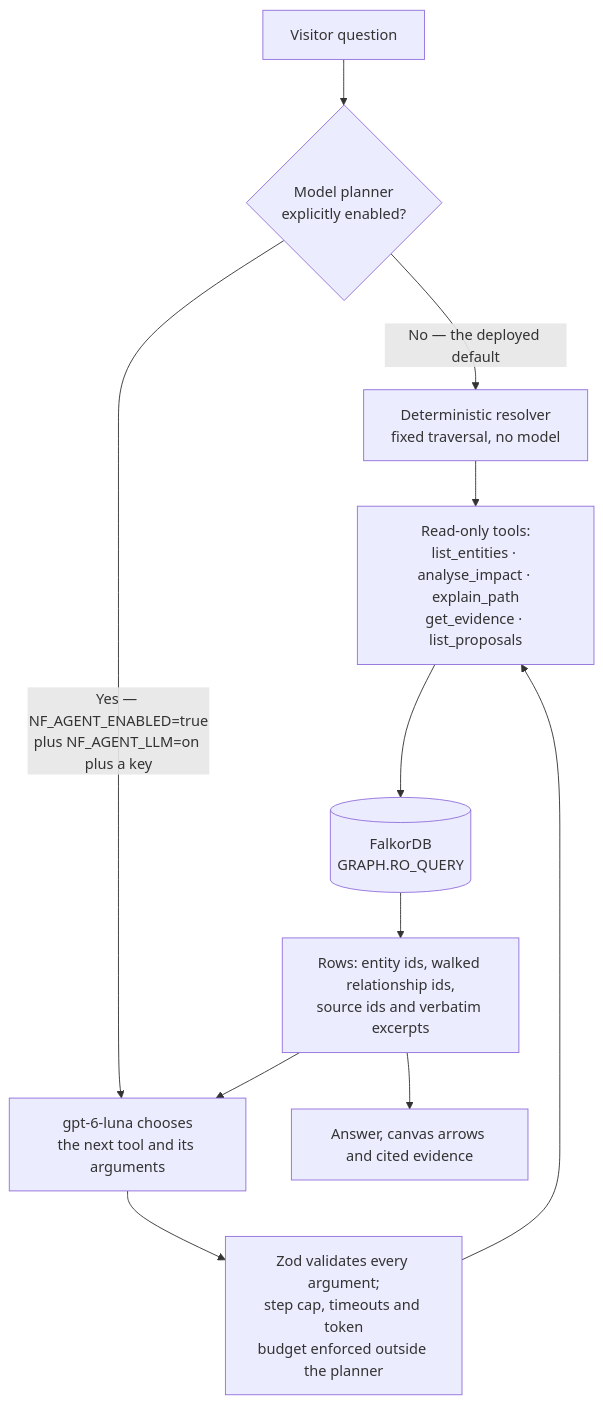
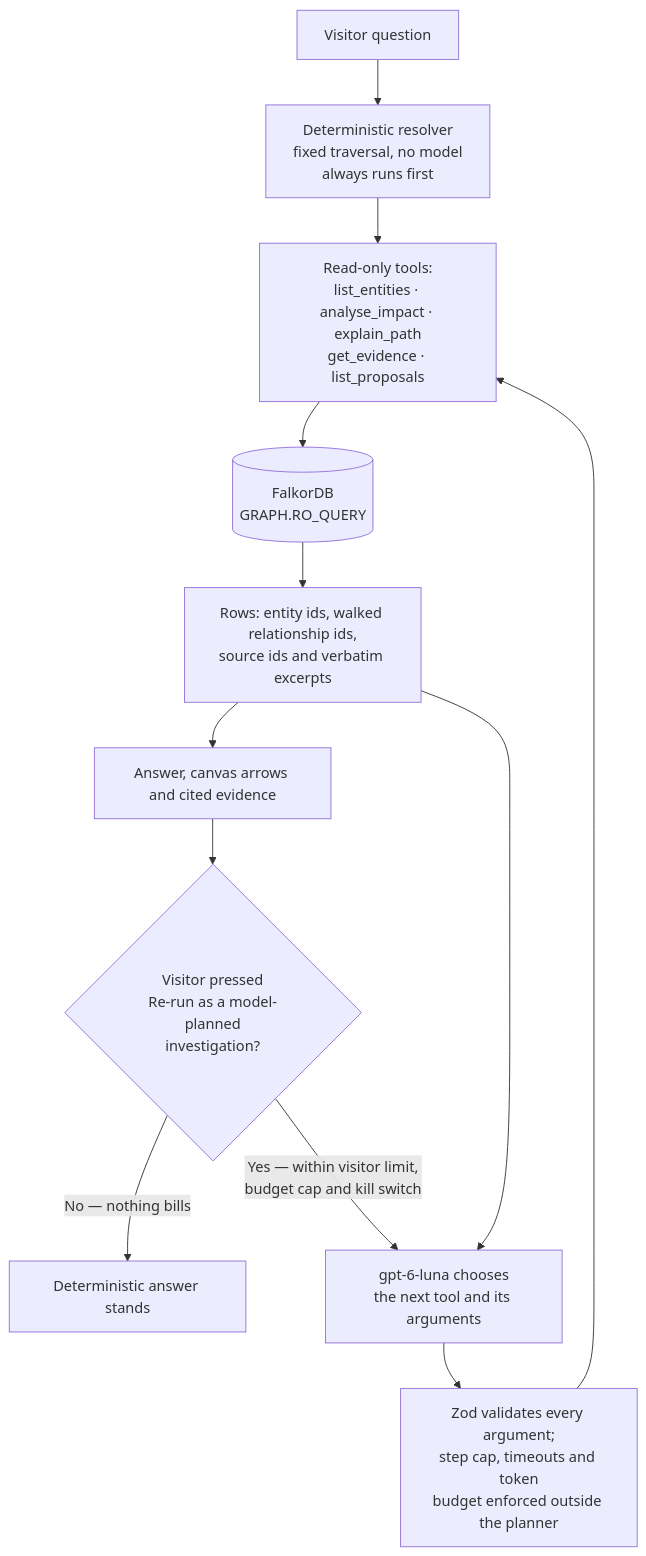
One commit to gideonadesina/nexusforge changed the second of 2 diagrams in README.md. Above: the diagram before and after it, drawn with Mermaid. The commit also changed other lines of this file, not shown here.

````diff
--- a/README.md
+++ b/README.md
@@ -140,13 +140,14 @@
 ```mermaid
 flowchart TD
-  Q["Visitor question"] --> GATE{"Model planner<br/>explicitly enabled?"}
-  GATE -->|"No — the deployed default"| DET["Deterministic resolver<br/>fixed traversal, no model"]
-  GATE -->|"Yes — NF_AGENT_ENABLED=true<br/>plus NF_AGENT_LLM=on plus a key"| LUNA["gpt-6-luna chooses<br/>the next tool and its arguments"]
-  LUNA --> ZOD["Zod validates every argument;<br/>step cap, timeouts and token<br/>budget enforced outside the planner"]
-  ZOD --> T["Read-only tools:<br/>list_entities · analyse_impact · explain_path<br/>get_evidence · list_proposals"]
-  DET --> T
+  Q["Visitor question"] --> DET["Deterministic resolver<br/>fixed traversal, no model<br/>always runs first"]
+  DET --> T["Read-only tools:<br/>list_entities · analyse_impact · explain_path<br/>get_evidence · list_proposals"]
   T --> RO[("FalkorDB<br/>GRAPH.RO_QUERY")]
   RO --> ROWS["Rows: entity ids, walked relationship ids,<br/>source ids and verbatim excerpts"]
+  ROWS --> OUT["Answer, canvas arrows and cited evidence"]
+  OUT --> GATE{"Visitor pressed<br/>Re-run as a model-planned<br/>investigation?"}
+  GATE -->|"No — nothing bills"| STOP["Deterministic answer stands"]
+  GATE -->|"Yes — within visitor limit,<br/>budget cap and kill switch"| LUNA["gpt-6-luna chooses<br/>the next tool and its arguments"]
+  LUNA --> ZOD["Zod validates every argument;<br/>step cap, timeouts and token<br/>budget enforced outside the planner"]
+  ZOD --> T
   ROWS --> LUNA
-  ROWS --> OUT["Answer, canvas arrows and cited evidence"]
 ```
````
